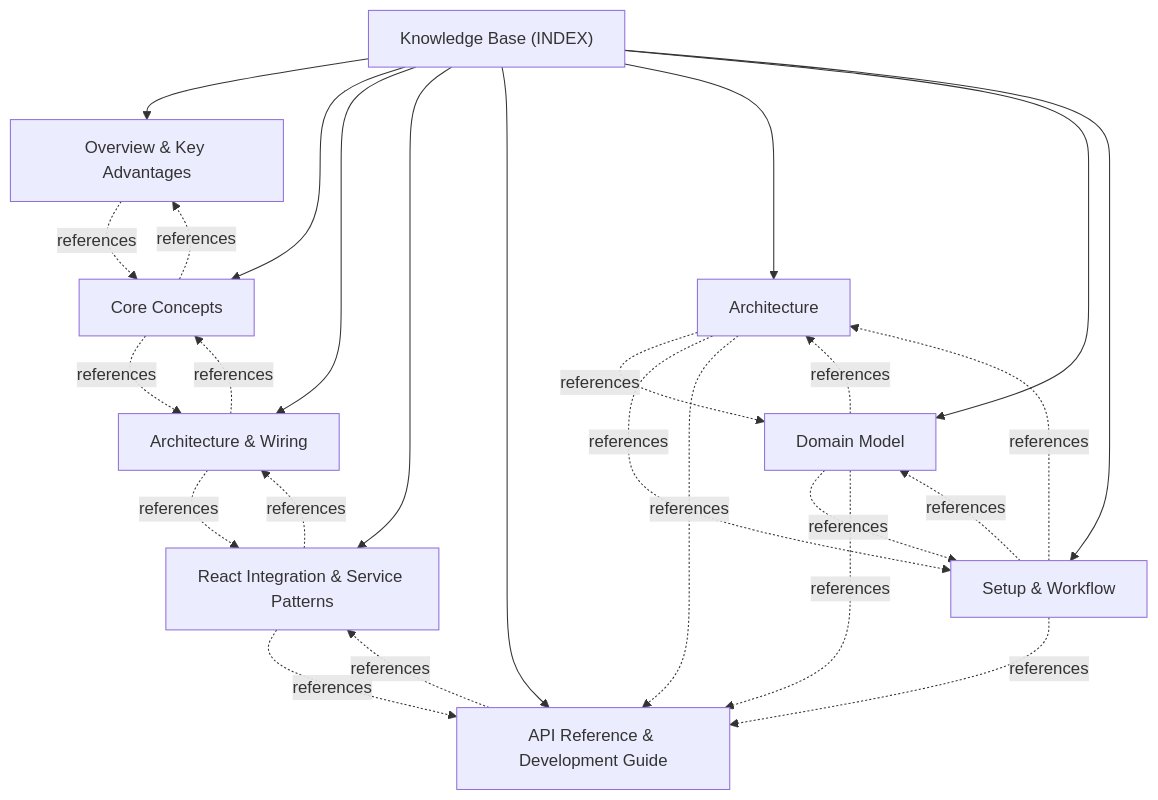
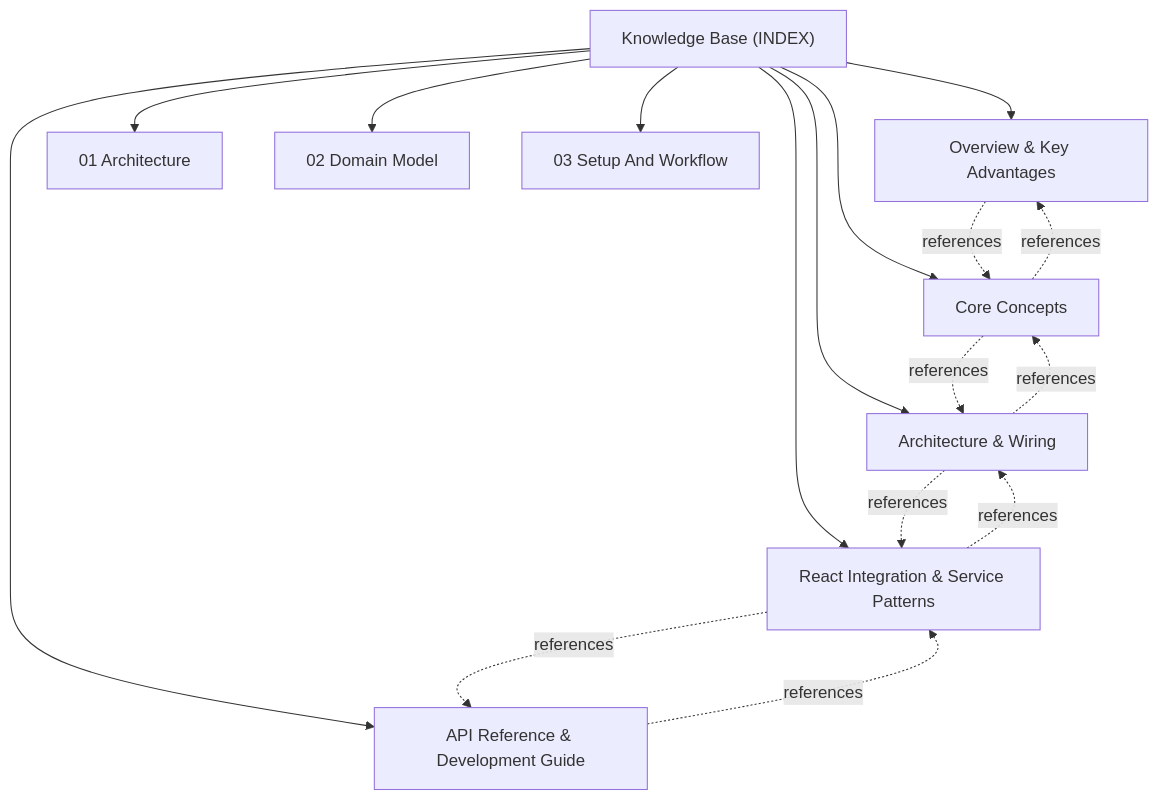
Before and after one commit to actdim/dynstruct: the diagram in docs/INDEX.md, drawn with Mermaid. The commit also changed other lines of this file, not shown here.

Commit message:
docs: rebuild INDEX.md via along-kb-sync v2.2.13 (slug normalization applied)

````diff
--- a/docs/INDEX.md
+++ b/docs/INDEX.md
@@ -18,37 +18,28 @@
 ```mermaid
 flowchart TD
     INDEX["Knowledge Base (INDEX)"]
-    T_OVERVIEW["Overview & Key Advantages"]
-    INDEX --> T_OVERVIEW
-    T_CORE["Core Concepts"]
-    INDEX --> T_CORE
-    T_ARCH_WIRING["Architecture & Wiring"]
-    INDEX --> T_ARCH_WIRING
-    T_REACT["React Integration & Service Patterns"]
-    INDEX --> T_REACT
-    T_API["API Reference & Development Guide"]
-    INDEX --> T_API
-    T_ARCHITECTURE["Architecture"]
+    T_01_OVERVIEW_AND_ADVANTAGES["Overview & Key Advantages"]
+    INDEX --> T_01_OVERVIEW_AND_ADVANTAGES
+    T_02_CORE_CONCEPTS["Core Concepts"]
+    INDEX --> T_02_CORE_CONCEPTS
+    T_03_ARCHITECTURE_AND_WIRING["Architecture & Wiring"]
+    INDEX --> T_03_ARCHITECTURE_AND_WIRING
+    T_04_REACT_INTEGRATION["React Integration & Service Patterns"]
+    INDEX --> T_04_REACT_INTEGRATION
+    T_05_API_REFERENCE["API Reference & Development Guide"]
+    INDEX --> T_05_API_REFERENCE
+    T_ARCHITECTURE["01 Architecture"]
     INDEX --> T_ARCHITECTURE
-    T_DOMAIN["Domain Model"]
-    INDEX --> T_DOMAIN
-    T_SETUP["Setup & Workflow"]
-    INDEX --> T_SETUP
-    T_OVERVIEW -.->|references| T_CORE
-    T_CORE -.->|references| T_OVERVIEW
-    T_CORE -.->|references| T_ARCH_WIRING
-    T_ARCH_WIRING -.->|references| T_CORE
-    T_ARCH_WIRING -.->|references| T_REACT
-    T_REACT -.->|references| T_ARCH_WIRING
-    T_REACT -.->|references| T_API
-    T_API -.->|references| T_REACT
-    T_ARCHITECTURE -.->|references| T_DOMAIN
-    T_ARCHITECTURE -.->|references| T_SETUP
-    T_ARCHITECTURE -.->|references| T_API
-    T_DOMAIN -.->|references| T_ARCHITECTURE
-    T_DOMAIN -.->|references| T_SETUP
-    T_DOMAIN -.->|references| T_API
-    T_SETUP -.->|references| T_ARCHITECTURE
-    T_SETUP -.->|references| T_DOMAIN
-    T_SETUP -.->|references| T_API
+    T_DOMAIN_MODEL["02 Domain Model"]
+    INDEX --> T_DOMAIN_MODEL
+    T_SETUP_AND_WORKFLOW["03 Setup And Workflow"]
+    INDEX --> T_SETUP_AND_WORKFLOW
+    T_01_OVERVIEW_AND_ADVANTAGES -.->|references| T_02_CORE_CONCEPTS
+    T_02_CORE_CONCEPTS -.->|references| T_01_OVERVIEW_AND_ADVANTAGES
+    T_02_CORE_CONCEPTS -.->|references| T_03_ARCHITECTURE_AND_WIRING
+    T_03_ARCHITECTURE_AND_WIRING -.->|references| T_02_CORE_CONCEPTS
+    T_03_ARCHITECTURE_AND_WIRING -.->|references| T_04_REACT_INTEGRATION
+    T_04_REACT_INTEGRATION -.->|references| T_03_ARCHITECTURE_AND_WIRING
+    T_04_REACT_INTEGRATION -.->|references| T_05_API_REFERENCE
+    T_05_API_REFERENCE -.->|references| T_04_REACT_INTEGRATION
 ```
````
